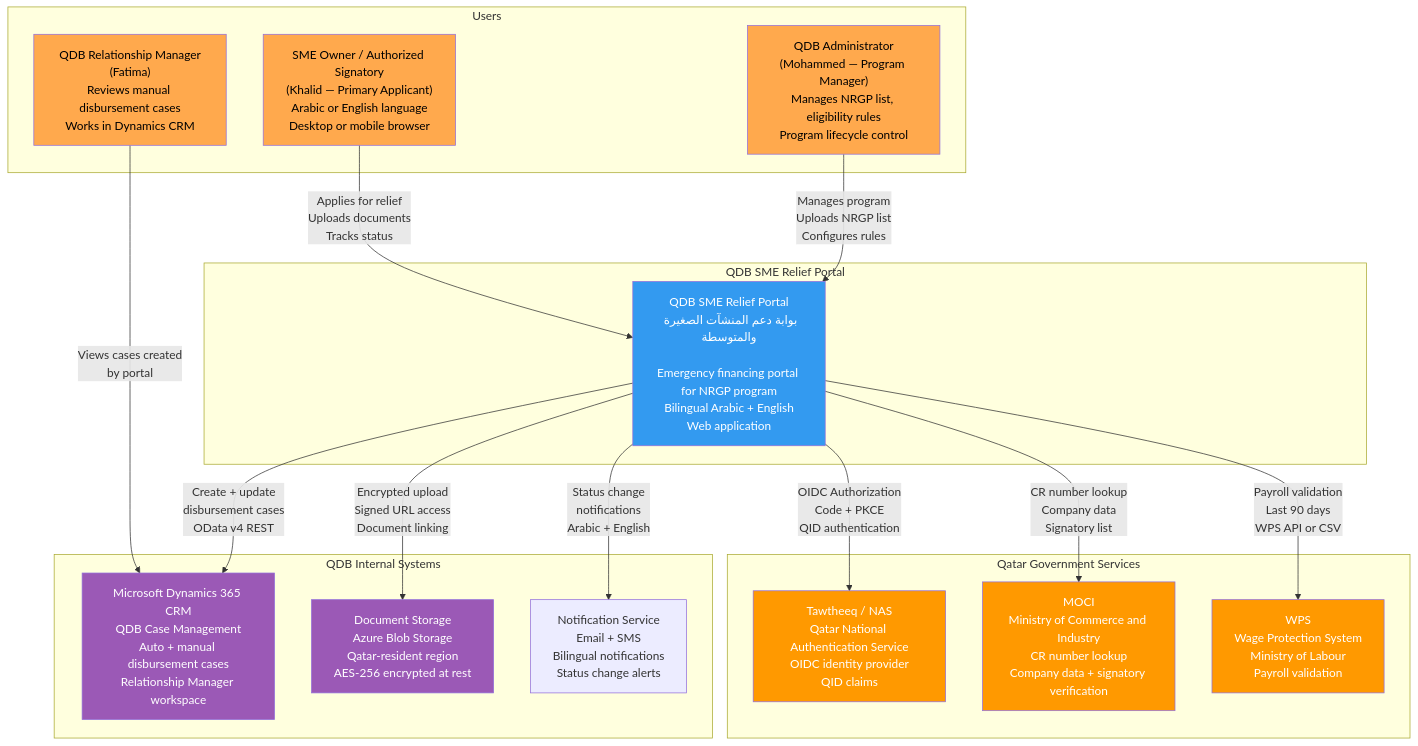
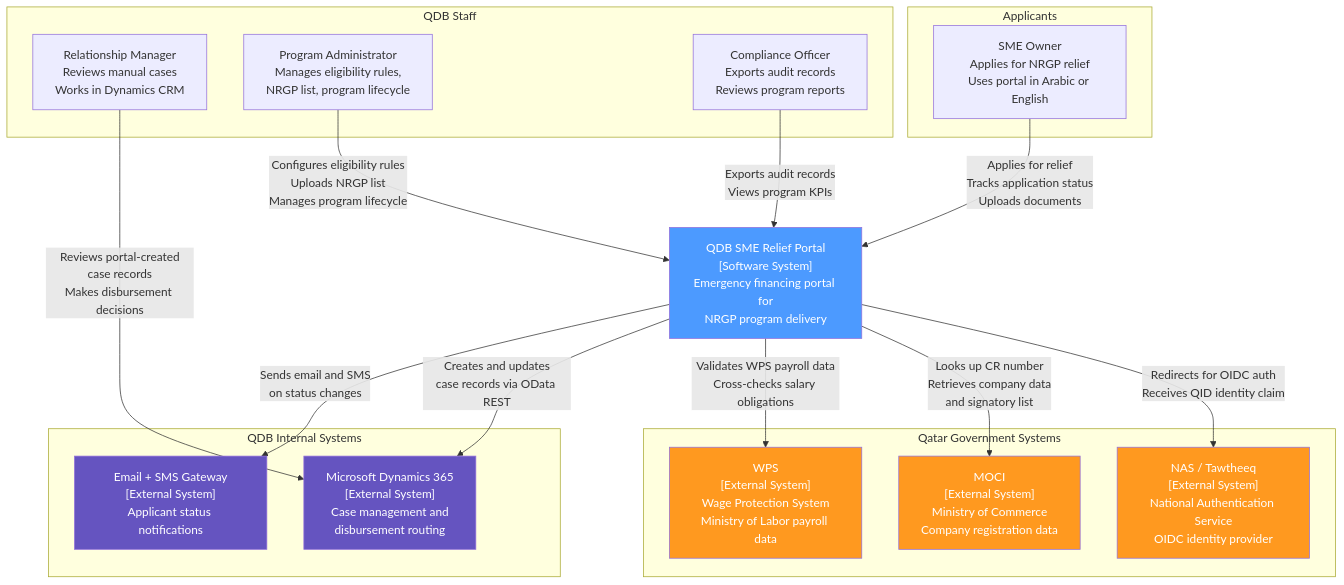
The first of 13 diagrams in products/qdb-sme-relief/docs/ARCHITECTURE.md (Tamoura/Claude-Code-creates-the-SW-company), drawn with Mermaid before and after one commit. The commit also changed other lines of this file, not shown here.

First line of the commit message:
docs(qdb-sme-relief): add README and architecture documentation

````diff
--- a/products/qdb-sme-relief/docs/ARCHITECTURE.md
+++ b/products/qdb-sme-relief/docs/ARCHITECTURE.md
@@ -28,45 +58,44 @@
 ```mermaid
 graph TD
-    subgraph "Users"
-        SME_OWNER["SME Owner / Authorized Signatory\n(Khalid — Primary Applicant)\nArabic or English language\nDesktop or mobile browser"]
-        QDB_RM["QDB Relationship Manager\n(Fatima)\nReviews manual disbursement cases\nWorks in Dynamics CRM"]
-        QDB_ADMIN["QDB Administrator\n(Mohammed — Program Manager)\nManages NRGP list, eligibility rules\nProgram lifecycle control"]
+    subgraph Applicants["Applicants"]
+        SME["SME Owner<br/>Applies for NRGP relief<br/>Uses portal in Arabic or English"]
     end
 
-    subgraph "QDB SME Relief Portal"
-        PORTAL["QDB SME Relief Portal\nبوابة دعم المنشآت الصغيرة والمتوسطة\n\nEmergency financing portal for NRGP program\nBilingual Arabic + English\nWeb application"]
+    subgraph QDBStaff["QDB Staff"]
+        RM["Relationship Manager<br/>Reviews manual cases<br/>Works in Dynamics CRM"]
+        ADMIN["Program Administrator<br/>Manages eligibility rules,<br/>NRGP list, program lifecycle"]
+        COMPLIANCE["Compliance Officer<br/>Exports audit records<br/>Reviews program reports"]
     end
 
-    subgraph "Qatar Government Services"
-        NAS["Tawtheeq / NAS\nQatar National Authentication Service\nOIDC identity provider\nQID claims"]
-        MOCI["MOCI\nMinistry of Commerce and Industry\nCR number lookup\nCompany data + signatory verification"]
-        WPS["WPS\nWage Protection System\nMinistry of Labour\nPayroll validation"]
+    PORTAL["QDB SME Relief Portal<br/>[Software System]<br/>Emergency financing portal for<br/>NRGP program delivery"]
+
+    subgraph GovernmentSystems["Qatar Government Systems"]
+        NAS["NAS / Tawtheeq<br/>[External System]<br/>National Authentication Service<br/>OIDC identity provider"]
+        MOCI["MOCI<br/>[External System]<br/>Ministry of Commerce<br/>Company registration data"]
+        WPS["WPS<br/>[External System]<br/>Wage Protection System<br/>Ministry of Labor payroll data"]
     end
 
-    subgraph "QDB Internal Systems"
-        CRM["Microsoft Dynamics 365 CRM\nQDB Case Management\nAuto + manual disbursement cases\nRelationship Manager workspace"]
-        DOCS["Document Storage\nAzure Blob Storage\nQatar-resident region\nAES-256 encrypted at rest"]
-        SMS_EMAIL["Notification Service\nEmail + SMS\nBilingual notifications\nStatus change alerts"]
+    subgraph QDBSystems["QDB Internal Systems"]
+        CRM["Microsoft Dynamics 365<br/>[External System]<br/>Case management and<br/>disbursement routing"]
+        NOTIF["Email + SMS Gateway<br/>[External System]<br/>Applicant status notifications"]
     end
 
-    SME_OWNER -->|"Applies for relief\nUploads documents\nTracks status"| PORTAL
-    QDB_ADMIN -->|"Manages program\nUploads NRGP list\nConfigures rules"| PORTAL
-    QDB_RM -->|"Views cases created\nby portal"| CRM
+    SME -->|"Applies for relief<br/>Tracks application status<br/>Uploads documents"| PORTAL
+    ADMIN -->|"Configures eligibility rules<br/>Uploads NRGP list<br/>Manages program lifecycle"| PORTAL
+    COMPLIANCE -->|"Exports audit records<br/>Views program KPIs"| PORTAL
 
-    PORTAL -->|"OIDC Authorization\nCode + PKCE\nQID authentication"| NAS
-    PORTAL -->|"CR number lookup\nCompany data\nSignatory list"| MOCI
-    PORTAL -->|"Payroll validation\nLast 90 days\nWPS API or CSV"| WPS
-    PORTAL -->|"Create + update\ndisbursement cases\nOData v4 REST"| CRM
-    PORTAL -->|"Encrypted upload\nSigned URL access\nDocument linking"| DOCS
-    PORTAL -->|"Status change\nnotifications\nArabic + English"| SMS_EMAIL
+    PORTAL -->|"Redirects for OIDC auth<br/>Receives QID identity claim"| NAS
+    PORTAL -->|"Looks up CR number<br/>Retrieves company data<br/>and signatory list"| MOCI
+    PORTAL -->|"Validates WPS payroll data<br/>Cross-checks salary obligations"| WPS
+    PORTAL -->|"Creates and updates<br/>case records via OData REST"| CRM
+    PORTAL -->|"Sends email and SMS<br/>on status changes"| NOTIF
 
-    style PORTAL fill:#339af0,color:#fff
-    style SME_OWNER fill:#ffa94d,color:#000
-    style QDB_RM fill:#ffa94d,color:#000
-    style QDB_ADMIN fill:#ffa94d,color:#000
-    style NAS fill:#ff9900,color:#fff
-    style MOCI fill:#ff9900,color:#fff
-    style WPS fill:#ff9900,color:#fff
-    style CRM fill:#9b59b6,color:#fff
-    style DOCS fill:#9b59b6,color:#fff
+    RM -->|"Reviews portal-created<br/>case records<br/>Makes disbursement decisions"| CRM
+
+    style PORTAL fill:#4c9aff,color:#fff
+    style NAS fill:#ff991f,color:#fff
+    style MOCI fill:#ff991f,color:#fff
+    style WPS fill:#ff991f,color:#fff
+    style CRM fill:#6554c0,color:#fff
+    style NOTIF fill:#6554c0,color:#fff
 ```
````
